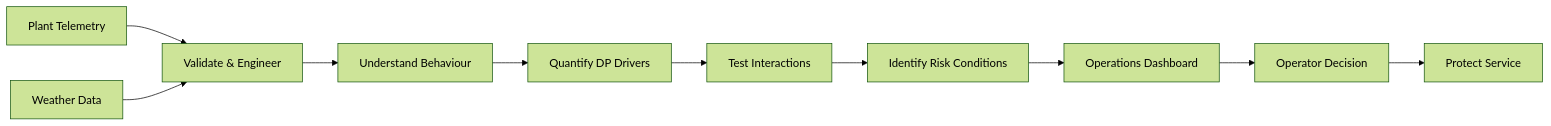
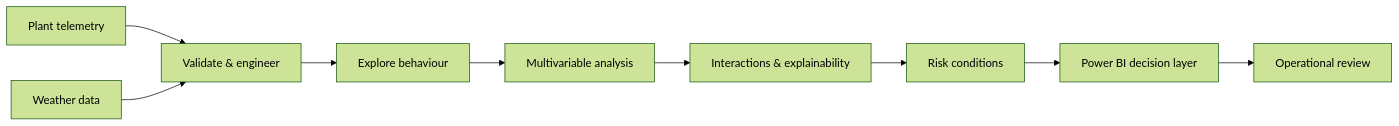
The diagram in README.md (danyyen/dp-driver-analysis), drawn with Mermaid (forest theme) before and after one commit. The commit also changed other lines of this file, not shown here.

First line of the commit message:
Strengthen operational analytics project narrative

````diff
--- a/README.md
+++ b/README.md
@@ -194,12 +128,11 @@
 ```mermaid
 flowchart LR
-    A["Plant Telemetry"] --> C["Validate & Engineer"]
-    B["Weather Data"] --> C
-    C --> D["Understand Behaviour"]
-    D --> E["Quantify DP Drivers"]
-    E --> F["Test Interactions"]
-    F --> G["Identify Risk Conditions"]
-    G --> H["Operations Dashboard"]
-    H --> I["Operator Decision"]
-    I --> J["Protect Service"]
+    A[Plant telemetry] --> C[Validate & engineer]
+    B[Weather data] --> C
+    C --> D[Explore behaviour]
+    D --> E[Multivariable analysis]
+    E --> F[Interactions & explainability]
+    F --> G[Risk conditions]
+    G --> H[Power BI decision layer]
+    H --> I[Operational review]
 ```
````
